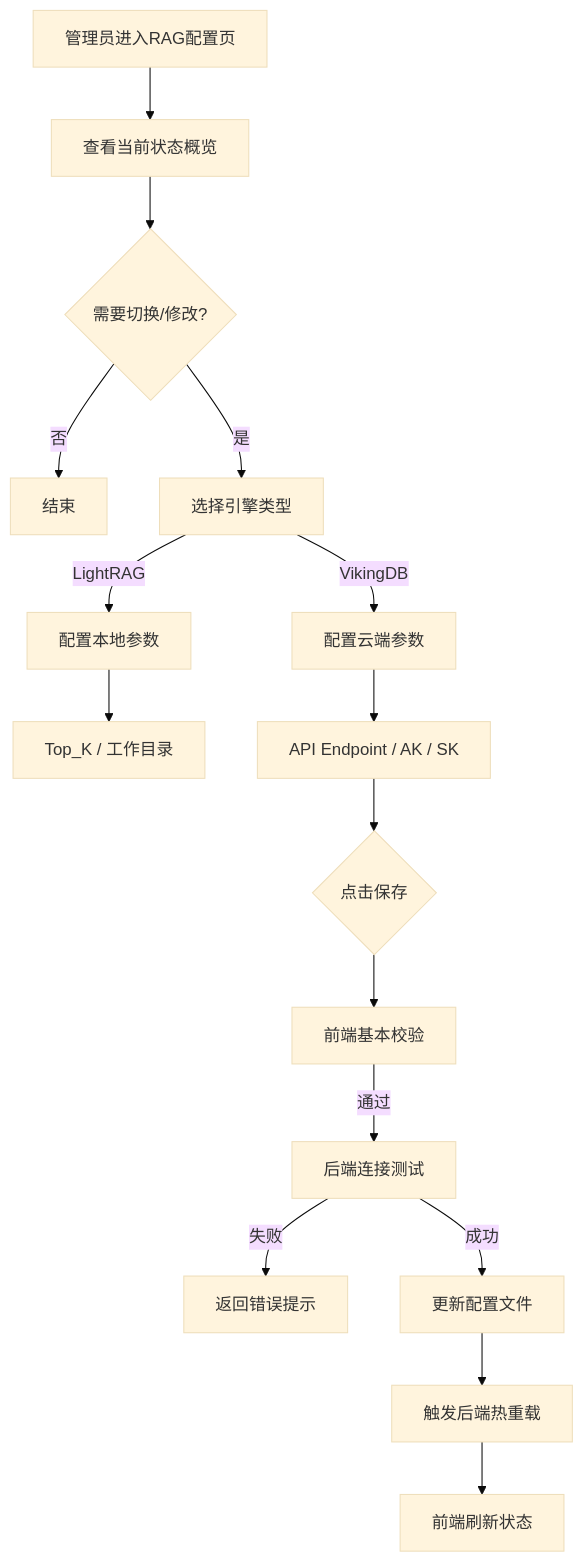
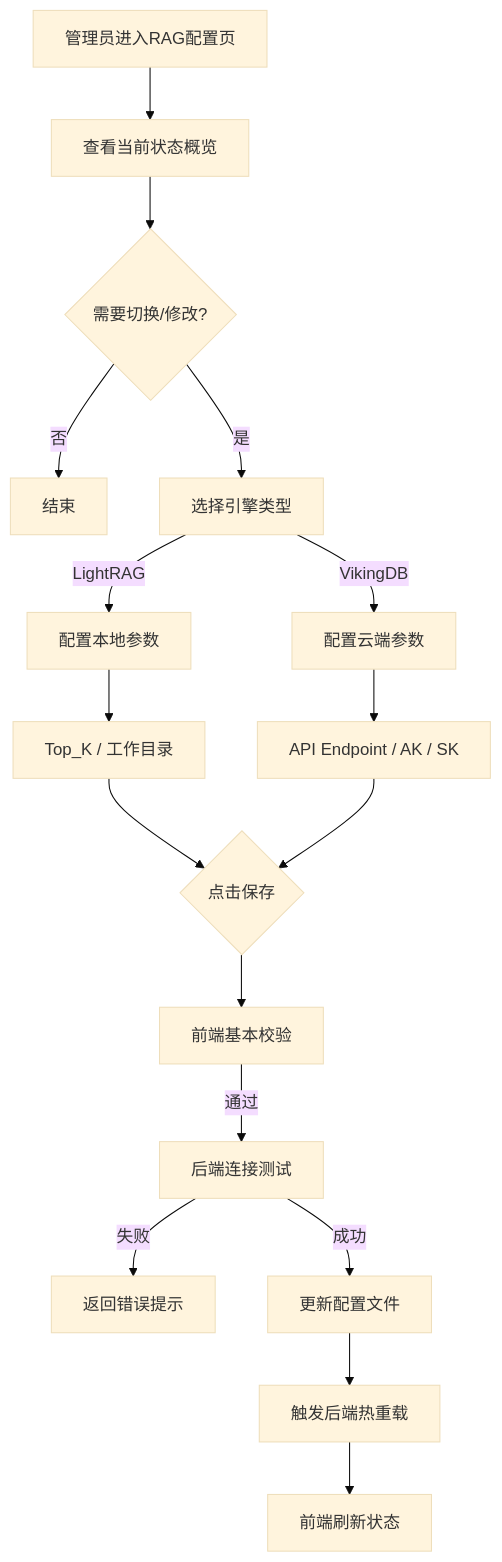
The second of 2 diagrams in 需求文档/G-中台需求文档/辰极智脑-知识库配置需求说明书_V1.0.md (joychen295/AI---), drawn with Mermaid (base theme) before and after one commit. The commit also changed other lines of this file and 3 other files, not shown here.

````diff
--- a/需求文档/G-中台需求文档/辰极智脑-知识库配置需求说明书_V1.0.md
+++ b/需求文档/G-中台需求文档/辰极智脑-知识库配置需求说明书_V1.0.md
@@ -42,18 +85,19 @@
 ```mermaid
 graph TD
     A[管理员进入RAG配置页] --> B[查看当前状态概览]
     B --> C{需要切换/修改?}
     C -- 否 --> D[结束]
     C -- 是 --> E[选择引擎类型]
     E -- LightRAG --> F[配置本地参数]
     F --> F1[Top_K / 工作目录]
+    F1 --> H
     E -- VikingDB --> G[配置云端参数]
     G --> G1[API Endpoint / AK / SK]
     G1 --> H{点击保存}
     H --> I[前端基本校验]
     I -- 通过 --> J[后端连接测试]
     J -- 失败 --> K[返回错误提示]
     J -- 成功 --> L[更新配置文件]
     L --> M[触发后端热重载]
     M --> N[前端刷新状态]
 ```
````
